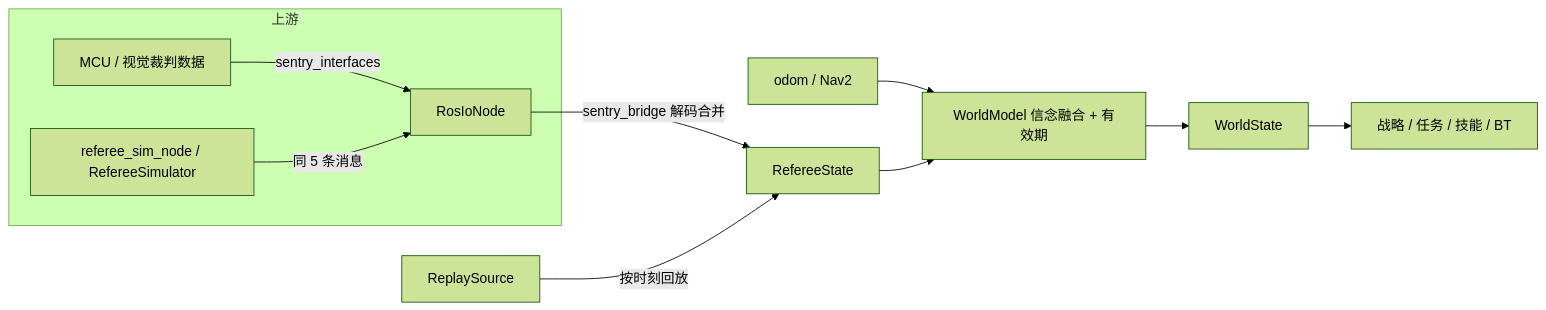
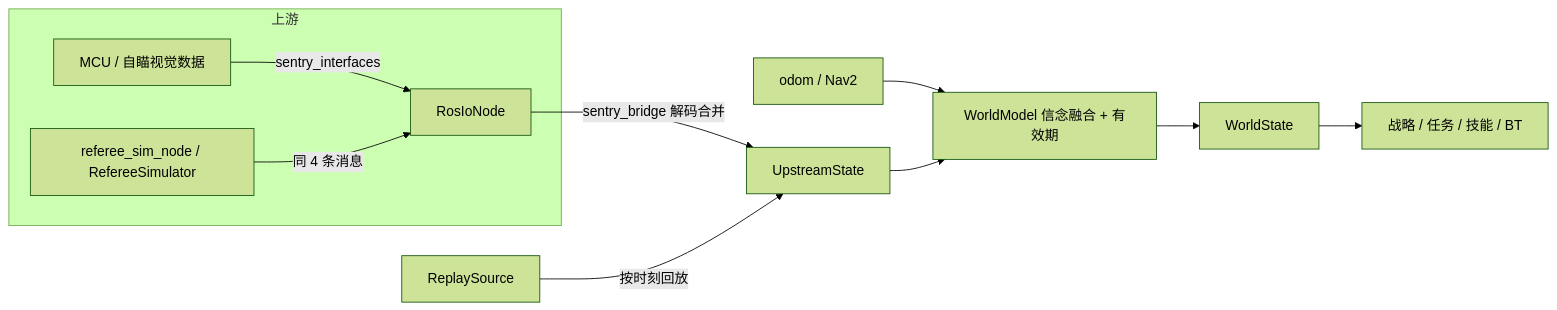
Before and after one commit to PnX-HKUSTGZ/sentry_decision_RM27: the diagram in docs/BELIEF.md, drawn with Mermaid (forest theme). The commit also changed other lines of this file and 39 other files, not shown here.

First line of the commit message:
refactor(core): 移除暂未启用字段并将 RefereeState 重命名为 UpstreamState

````diff
--- a/docs/BELIEF.md
+++ b/docs/BELIEF.md
@@ -14,13 +14,13 @@
 ```mermaid
 flowchart LR
   subgraph Up[上游]
-    MCU[MCU / 视觉裁判数据] -->|sentry_interfaces| RIONode[RosIoNode]
-    Sim[referee_sim_node / RefereeSimulator] -->|同 5 条消息| RIONode
+    MCU[MCU / 自瞄视觉数据] -->|sentry_interfaces| RIONode[RosIoNode]
+    Sim[referee_sim_node / RefereeSimulator] -->|同 4 条消息| RIONode
   end
-  RIONode -->|sentry_bridge 解码合并| RS[RefereeState]
+  RIONode -->|sentry_bridge 解码合并| RS[UpstreamState]
   Replay[ReplaySource] -->|按时刻回放| RS
   Odom[odom / Nav2] --> WM
   RS --> WM[WorldModel 信念融合 + 有效期]
   WM --> WS[WorldState]
   WS --> Tactical[战略 / 任务 / 技能 / BT]
 ```
````
